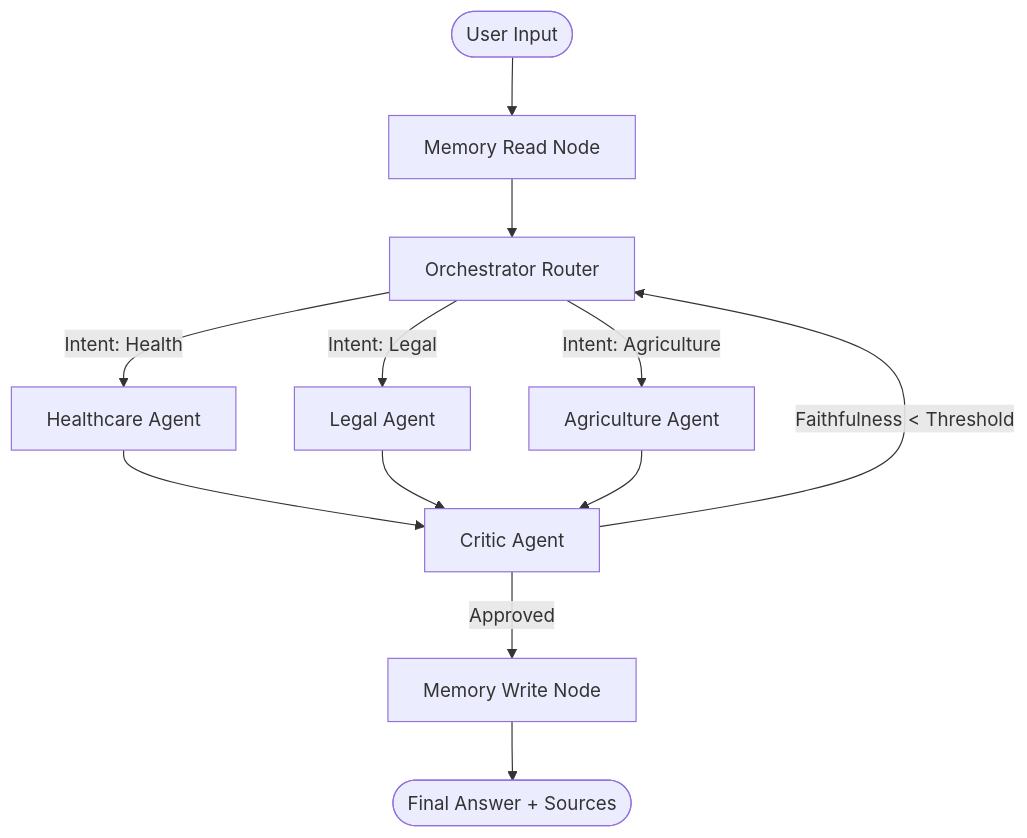
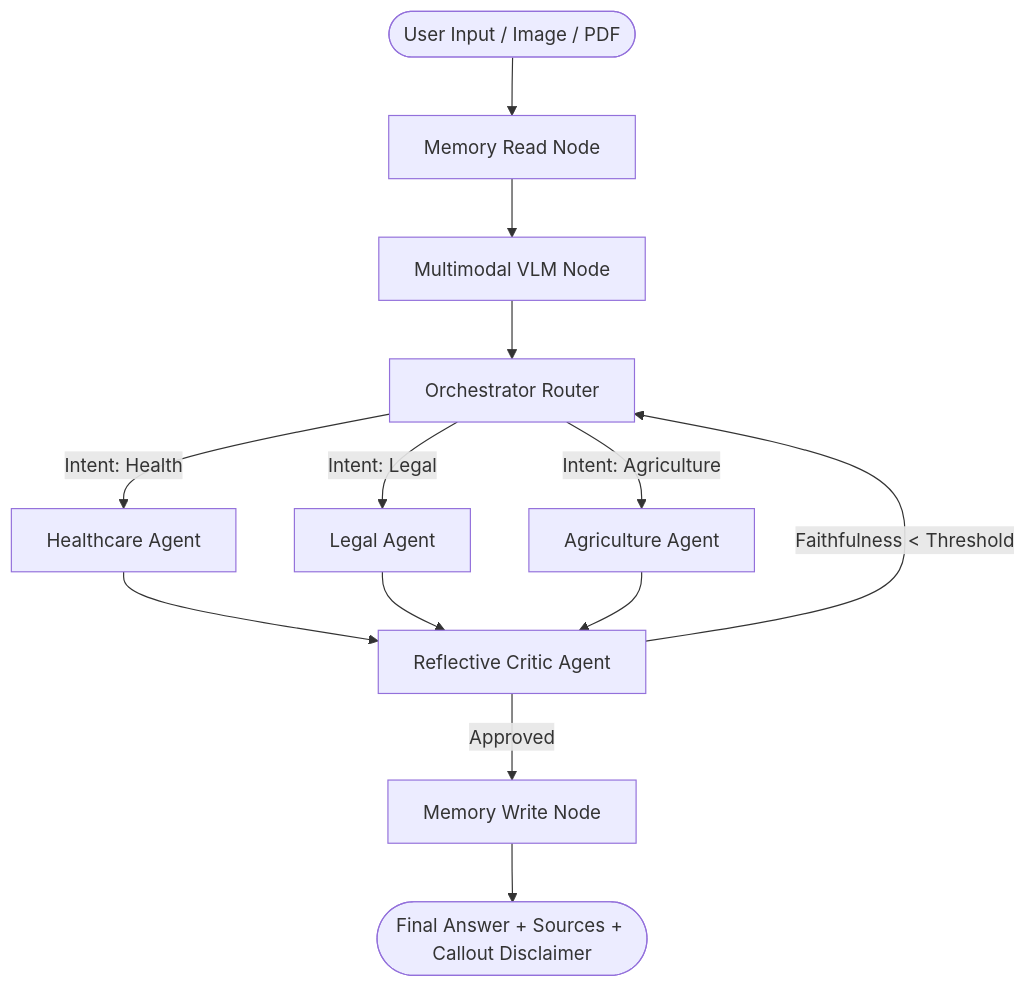
One commit to dayalmoulik/Triseva changed the diagram in README.md. Above: the diagram before and after it, drawn with Mermaid. The commit also changed other lines of this file and 2 other files, not shown here.

Commit message:
Update README.md with Gated Dual-Judge benchmark metrics (Sarvam-105B/Claude), Multimodal Vision evaluation results, and Qwen2.5-VL/Gemini architecture

````diff
--- a/README.md
+++ b/README.md
@@ -23,18 +23,19 @@
 ```mermaid
 graph TD
-    Entry([User Input]) --> MemoryRead[Memory Read Node]
-    MemoryRead --> Orchestrator[Orchestrator Router]
+    Entry([User Input / Image / PDF]) --> MemoryRead[Memory Read Node]
+    MemoryRead --> ImageProcessing[Multimodal VLM Node]
+    ImageProcessing --> Orchestrator[Orchestrator Router]
     
     Orchestrator -- Intent: Health --> HealthAgent[Healthcare Agent]
     Orchestrator -- Intent: Legal --> LegalAgent[Legal Agent]
     Orchestrator -- Intent: Agriculture --> AgriAgent[Agriculture Agent]
     
-    HealthAgent --> Critic[Critic Agent]
+    HealthAgent --> Critic[Reflective Critic Agent]
     LegalAgent --> Critic
     AgriAgent --> Critic
     
     Critic -- Faithfulness < Threshold --> Orchestrator
     Critic -- Approved --> MemoryWrite[Memory Write Node]
     
-    MemoryWrite --> Exit([Final Answer + Sources])
+    MemoryWrite --> Exit([Final Answer + Sources + Callout Disclaimer])
 ```
````
